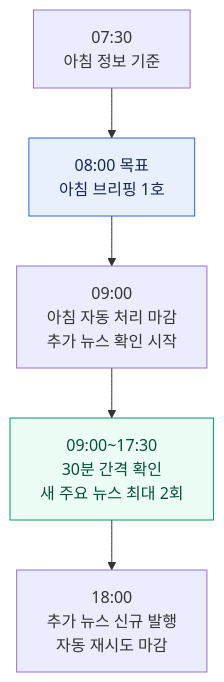
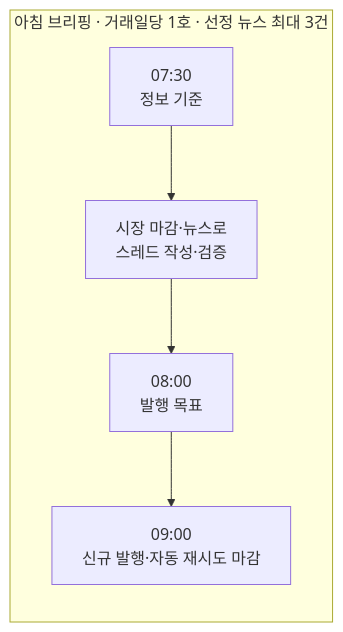
One commit to luvulmi/xfolio changed the second of 3 diagrams in tasks/progress/2026-10-18.md. Above: the diagram before and after it, drawn with Mermaid. The commit also changed other lines of this file and 5 other files, not shown here.

````diff
--- a/tasks/progress/2026-10-18.md
+++ b/tasks/progress/2026-10-18.md
@@ -40,9 +81,7 @@
 ```mermaid
-flowchart TD
-    A["07:30<br/>아침 정보 기준"] --> B["08:00 목표<br/>아침 브리핑 1호"]
-    B --> C["09:00<br/>아침 자동 처리 마감<br/>추가 뉴스 확인 시작"]
-    C --> D["09:00~17:30<br/>30분 간격 확인<br/>새 주요 뉴스 최대 2회"]
-    D --> E["18:00<br/>추가 뉴스 신규 발행<br/>자동 재시도 마감"]
-    style B fill:#e8f0fe,stroke:#2563eb,color:#172554
-    style D fill:#ecfdf5,stroke:#059669,color:#064e3b
+flowchart LR
+    subgraph morning["아침 브리핑 · 거래일당 1호 · 선정 뉴스 최대 3건"]
+        M1["07:30<br/>정보 기준"] --> M2["시장 마감·뉴스로<br/>스레드 작성·검증"]
+        M2 --> M3["08:00<br/>발행 목표"] --> M4["09:00<br/>신규 발행·자동 재시도 마감"]
+    end
 ```
````
